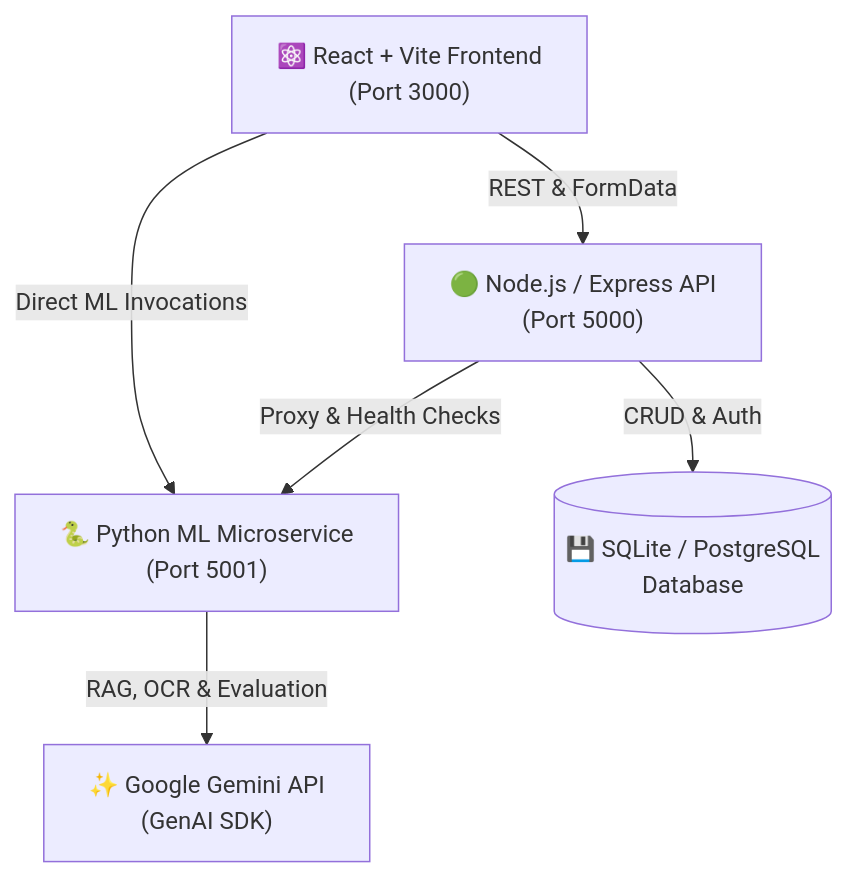
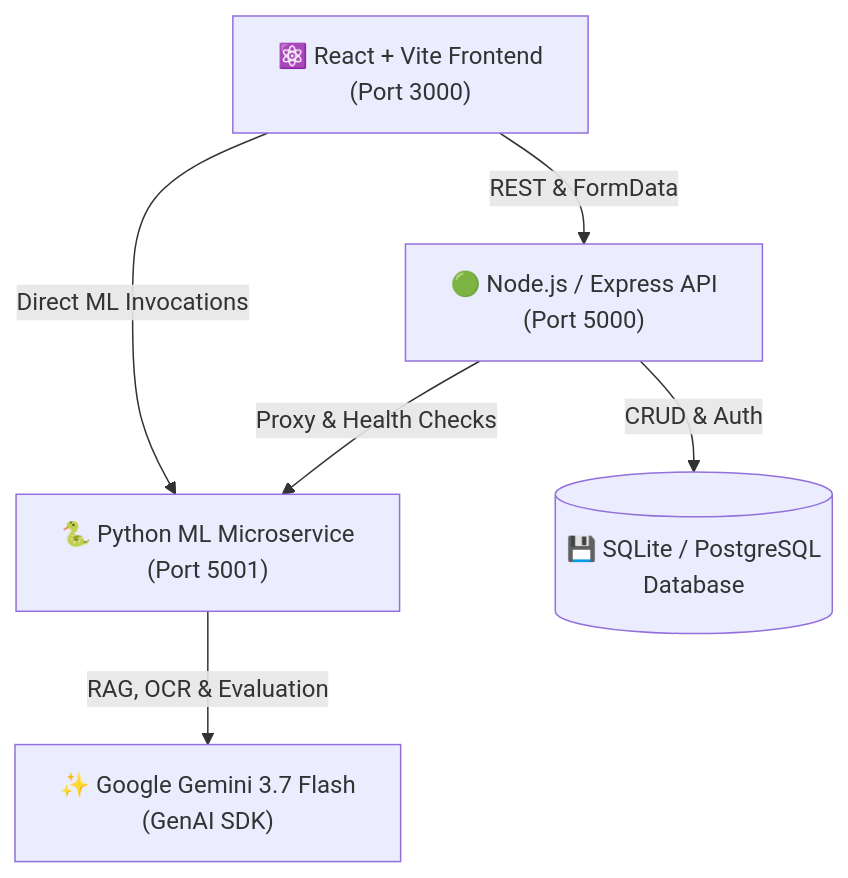
The diagram in README.md (SrijanSingh2006/AgriComply-AI), drawn with Mermaid before and after one commit. The commit also changed other lines of this file and 23 other files, not shown here.

````diff
--- a/README.md
+++ b/README.md
@@ -112,14 +154,14 @@
 ```mermaid
 graph TD
     Client["⚛️ React + Vite Frontend<br/>(Port 3000)"]
     NodeServer["🟢 Node.js / Express API<br/>(Port 5000)"]
     PyML["🐍 Python ML Microservice<br/>(Port 5001)"]
-    Gemini["✨ Google Gemini API<br/>(GenAI SDK)"]
+    Gemini["✨ Google Gemini 3.7 Flash<br/>(GenAI SDK)"]
     DB[("💾 SQLite / PostgreSQL<br/>Database")]
 
     Client -->|REST & FormData| NodeServer
     Client -->|Direct ML Invocations| PyML
     NodeServer -->|Proxy & Health Checks| PyML
     NodeServer -->|CRUD & Auth| DB
     PyML -->|RAG, OCR & Evaluation| Gemini
 ```
````
